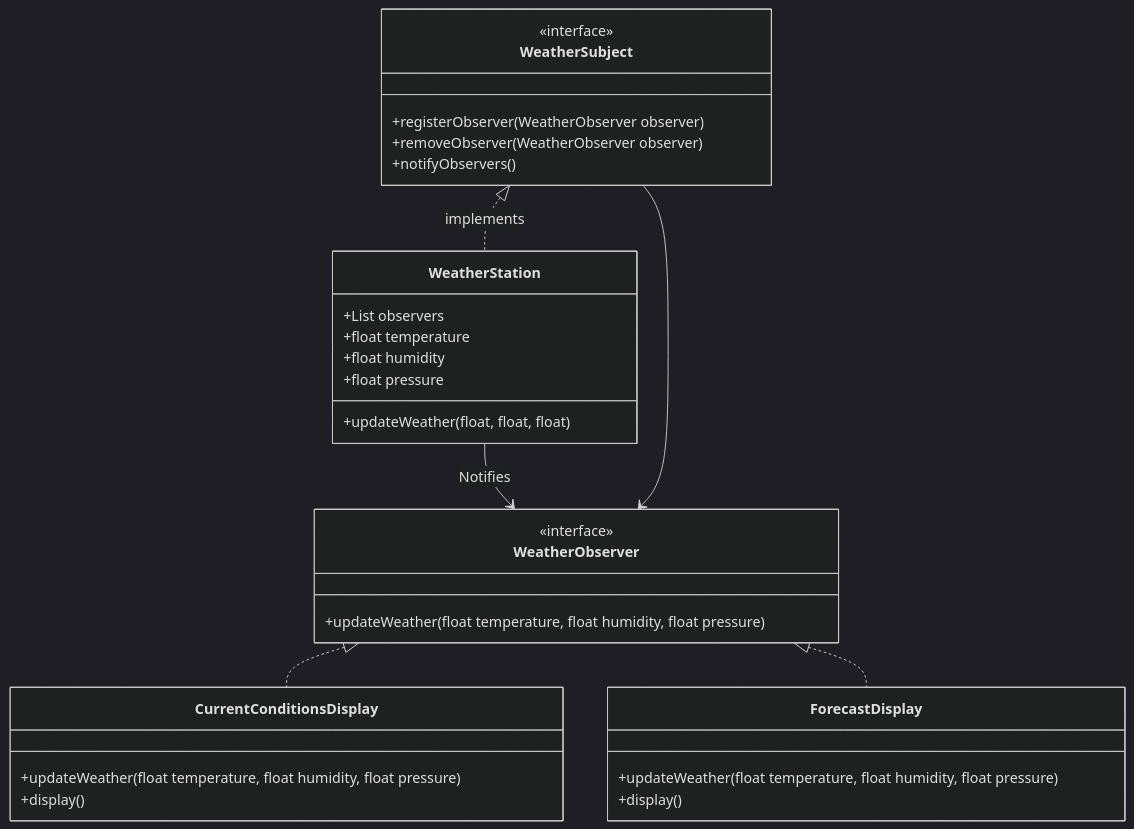
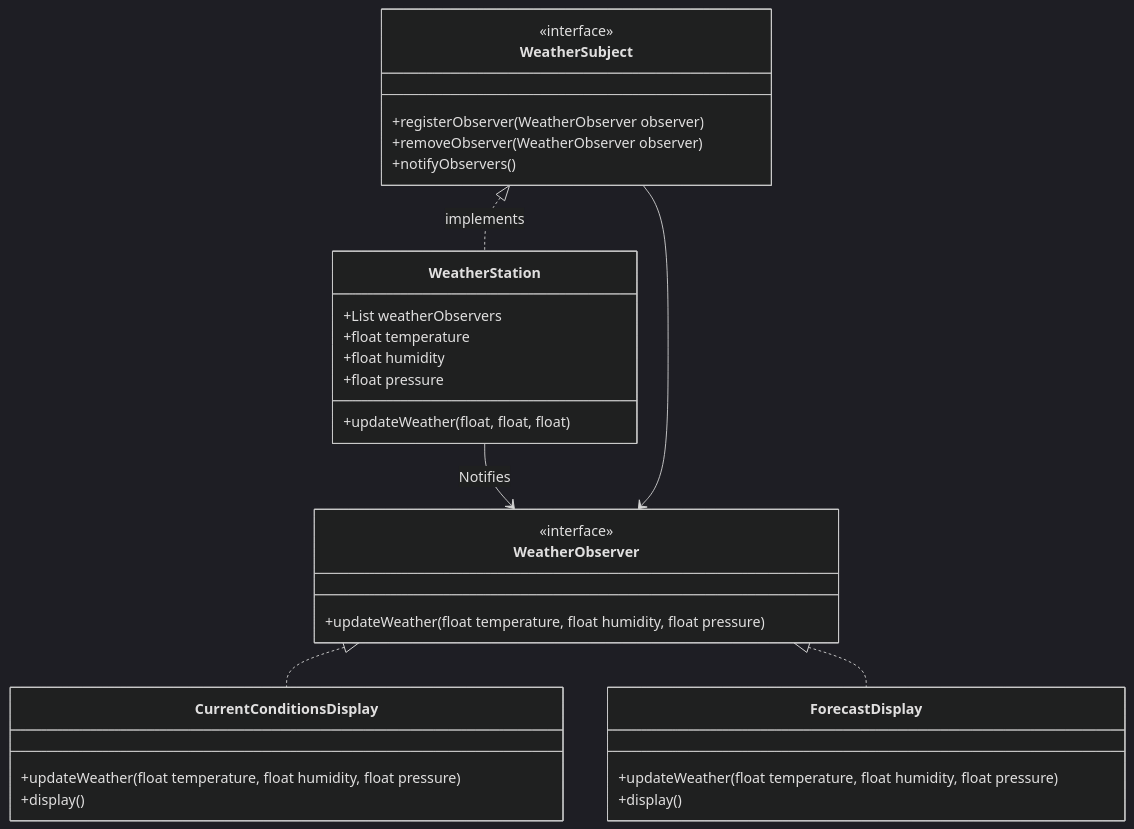
One commit to tdoug19/ENSE_370_Lab changed the diagram in Lab-5/ObserverDesignPattern.md. Above: the diagram before and after it, drawn with Mermaid (dark theme). The commit also changed other lines of this file, not shown here.

Commit message:
Updating the java code from the Observer UML

````diff
--- a/Lab-5/ObserverDesignPattern.md
+++ b/Lab-5/ObserverDesignPattern.md
@@ -29,39 +29,39 @@
 ```mermaid
 classDiagram 
     
     class WeatherSubject {
         <<interface>>
         +registerObserver(WeatherObserver observer)
         +removeObserver(WeatherObserver observer)
         +notifyObservers()
     }
 
     class WeatherObserver {
         <<interface>>
         +updateWeather(float temperature, float humidity, float pressure)
     }
 
     class WeatherStation {
-        +List<Observer> observers
+        +List<Observer> weatherObservers
         +float temperature
         +float humidity
         +float pressure
         +updateWeather(float, float, float)
     }
 
     class CurrentConditionsDisplay {
         +updateWeather(float temperature, float humidity, float pressure)
         +display()
     }
 
     class ForecastDisplay {
         +updateWeather(float temperature, float humidity, float pressure)
         +display()
     }
     WeatherObserver <-- WeatherSubject
     WeatherSubject <|.. WeatherStation : implements
     WeatherObserver <|.. CurrentConditionsDisplay
     WeatherObserver <|.. ForecastDisplay
     WeatherStation --> WeatherObserver : Notifies
 
 ```
````
